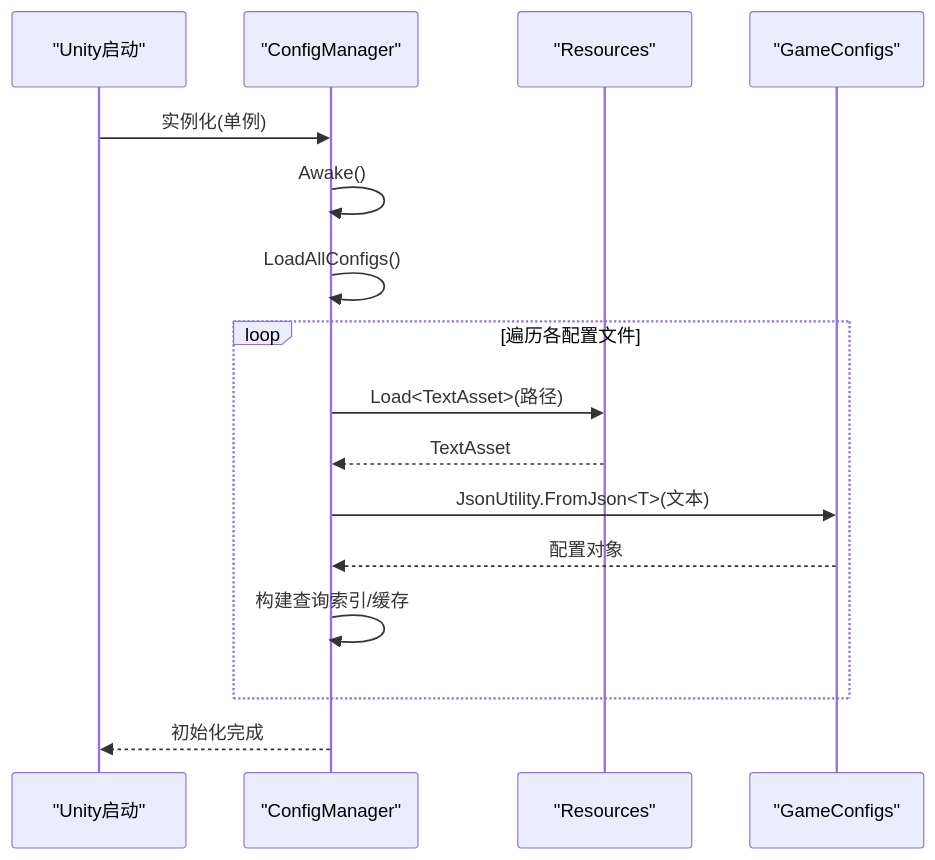
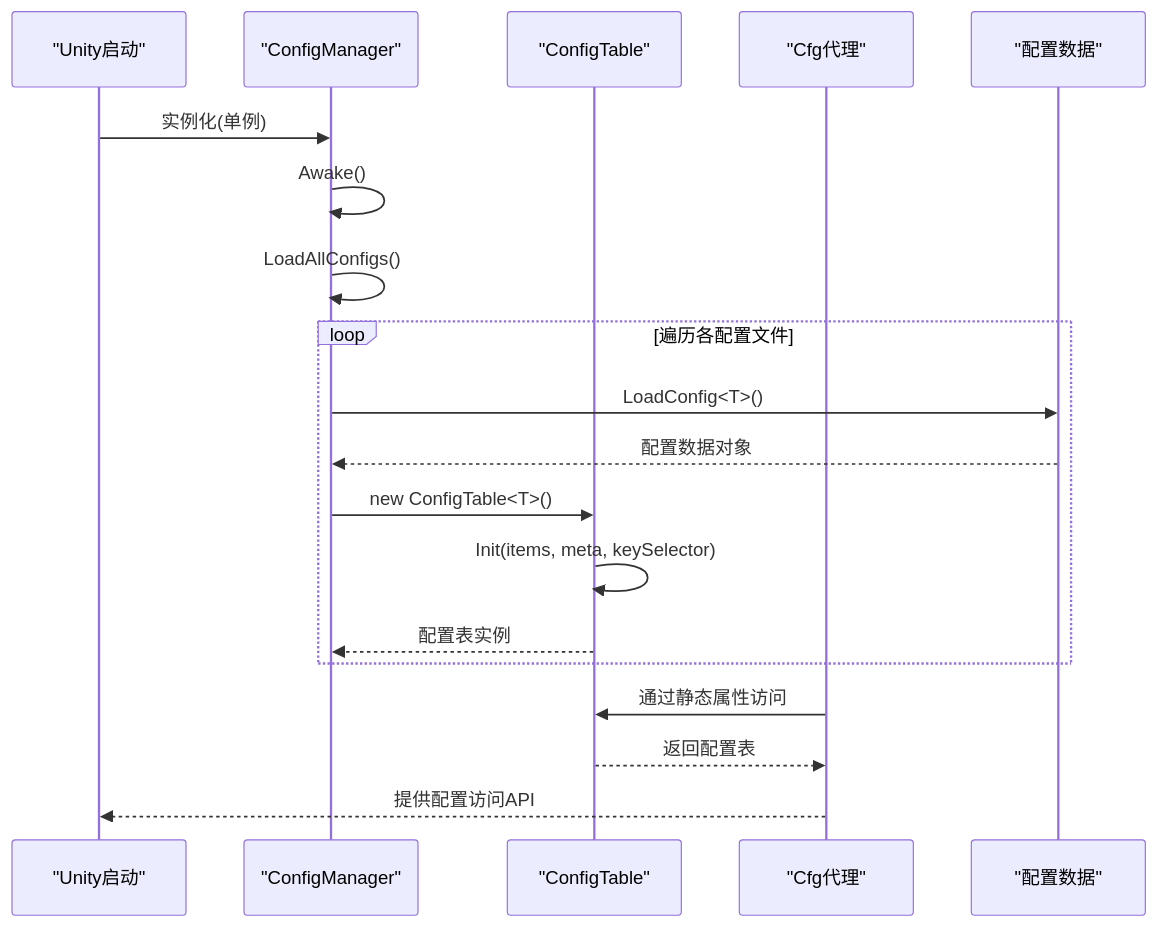
One commit to Tuusen/p1_client changed the second of 5 diagrams in .qoder/repowiki/zh/content/配置管理系统/配置管理系统.md. Above: the diagram before and after it, drawn with Mermaid. The commit also changed other lines of this file and 85 other files, not shown here.

````diff
--- a/.qoder/repowiki/zh/content/配置管理系统/配置管理系统.md
+++ b/.qoder/repowiki/zh/content/配置管理系统/配置管理系统.md
@@ -87,18 +112,21 @@
 ```mermaid
 sequenceDiagram
 participant Boot as "Unity启动"
 participant CM as "ConfigManager"
-participant Res as "Resources"
-participant Model as "GameConfigs"
+participant CT as "ConfigTable"
+participant CFG as "Cfg代理"
+participant Data as "配置数据"
 Boot->>CM : 实例化(单例)
 CM->>CM : Awake()
 CM->>CM : LoadAllConfigs()
 loop 遍历各配置文件
-CM->>Res : Load<TextAsset>(路径)
-Res-->>CM : TextAsset
-CM->>Model : JsonUtility.FromJson<T>(文本)
-Model-->>CM : 配置对象
-CM->>CM : 构建查询索引/缓存
+CM->>Data : LoadConfig<T>()
+Data-->>CM : 配置数据对象
+CM->>CT : new ConfigTable<T>()
+CT->>CT : Init(items, meta, keySelector)
+CT-->>CM : 配置表实例
 end
-CM-->>Boot : 初始化完成
+CFG->>CT : 通过静态属性访问
+CT-->>CFG : 返回配置表
+CFG-->>Boot : 提供配置访问API
 ```
````
